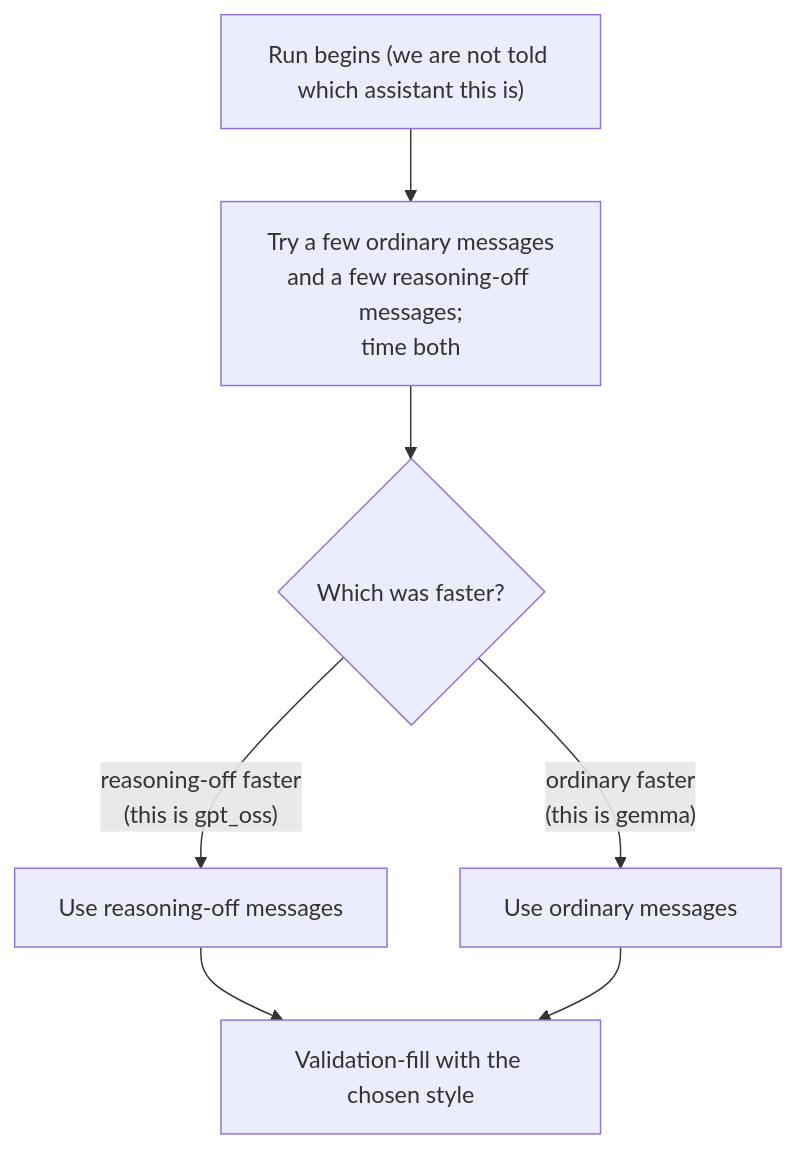
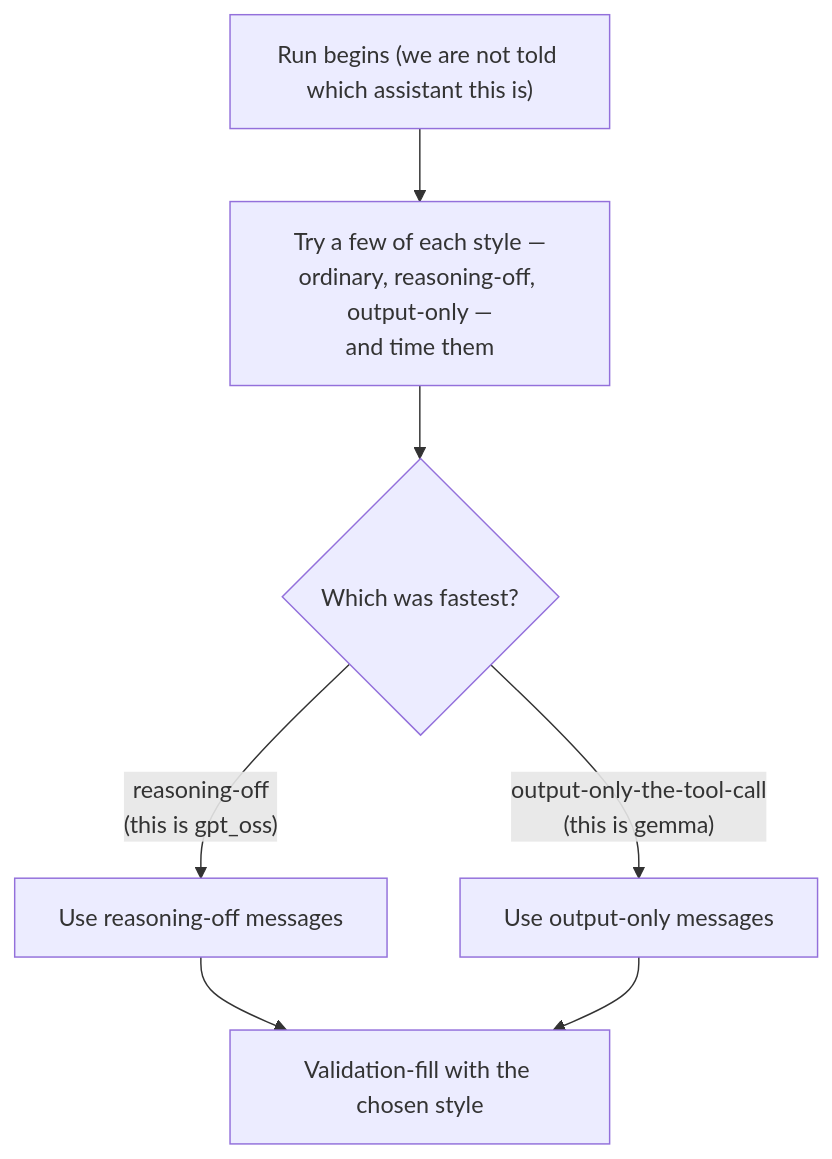
One commit to chris0leite-ui/AgentRedTeamKaggle changed the seventh of 7 diagrams in docs/competition/how-it-works.md. Above: the diagram before and after it, drawn with Mermaid. The commit also changed other lines of this file, not shown here.

Commit message:
docs: refresh how-it-works explainer — v13 81.720, optimality proof, notext 3rd style, correct the 3 refuted claims (ceiling/sandbox-cost/gemma-slower)

````diff
--- a/docs/competition/how-it-works.md
+++ b/docs/competition/how-it-works.md
@@ -239,9 +245,9 @@
 ```mermaid
 flowchart TD
-  START["Run begins (we are not told which assistant this is)"] --> CAL["Try a few ordinary messages<br/>and a few reasoning-off messages;<br/>time both"]
-  CAL --> PICK{"Which was faster?"}
-  PICK -->|"reasoning-off faster<br/>(this is gpt_oss)"| F["Use reasoning-off messages"]
-  PICK -->|"ordinary faster<br/>(this is gemma)"| P["Use ordinary messages"]
+  START["Run begins (we are not told which assistant this is)"] --> CAL["Try a few of each style —<br/>ordinary, reasoning-off, output-only —<br/>and time them"]
+  CAL --> PICK{"Which was fastest?"}
+  PICK -->|"reasoning-off<br/>(this is gpt_oss)"| F["Use reasoning-off messages"]
+  PICK -->|"output-only-the-tool-call<br/>(this is gemma)"| P["Use output-only messages"]
   F --> FILL["Validation-fill with the chosen style"]
   P --> FILL
 ```
````
